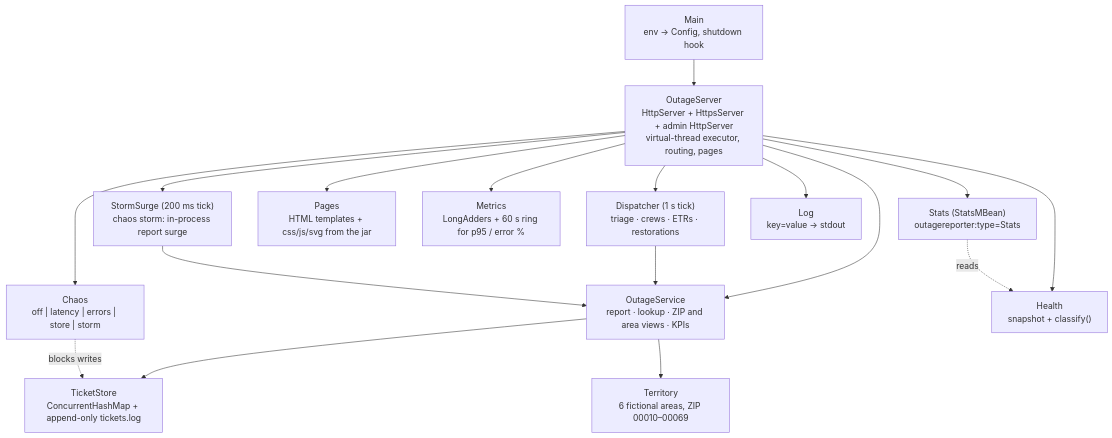
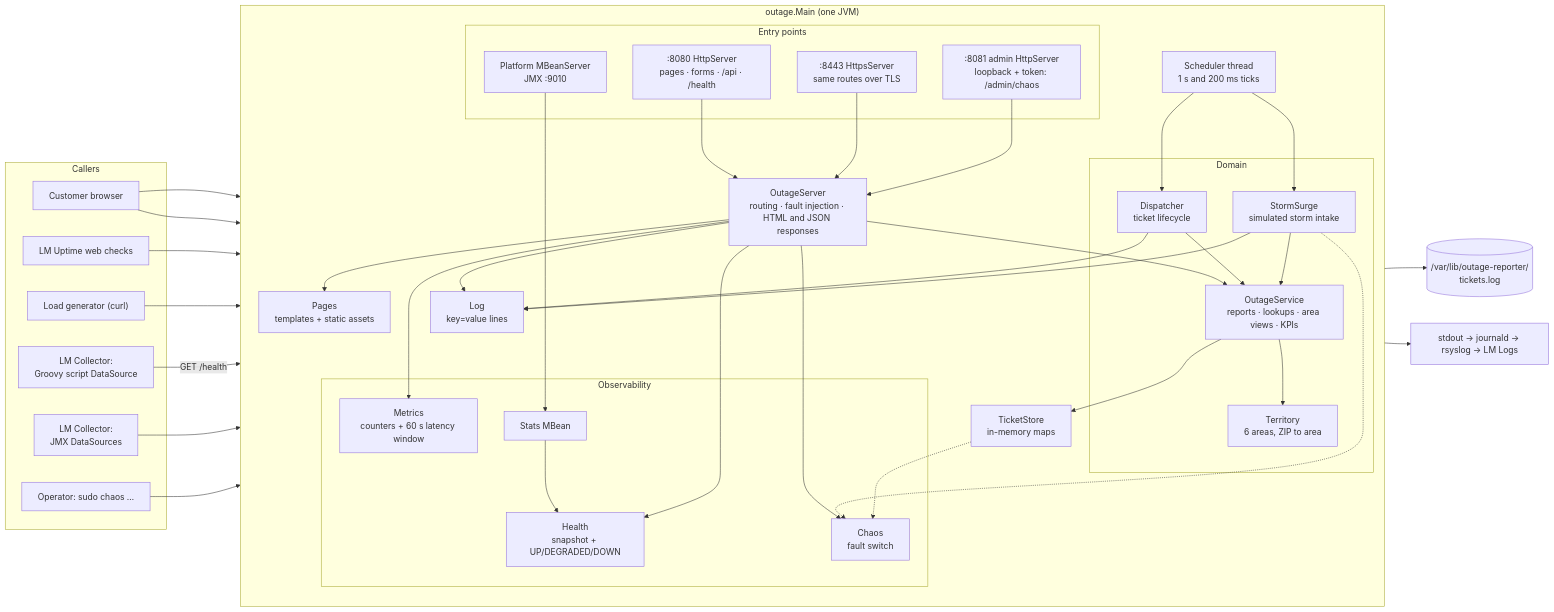
One commit to denniskatumalla/LogicMonitor changed the second of 9 diagrams in outage-reporter/docs/DOCUMENTATION.md. Above: the diagram before and after it, drawn with Mermaid. The commit also changed other lines of this file and 1 other file, not shown here.

First line of the commit message:
Document the application architecture, object model and object interactions

````diff
--- a/outage-reporter/docs/DOCUMENTATION.md
+++ b/outage-reporter/docs/DOCUMENTATION.md
@@ -158,20 +162,62 @@
 ```mermaid
-flowchart TB
-    MAIN["Main<br/>env → Config, shutdown hook"] --> SRV
-    SRV["OutageServer<br/>HttpServer + HttpsServer + admin HttpServer<br/>virtual-thread executor, routing, pages"]
-    SRV --> SVC["OutageService<br/>report · lookup · ZIP and area views · KPIs"]
-    SVC --> STORE["TicketStore<br/>ConcurrentHashMap + append-only tickets.log"]
-    SVC --> TER["Territory<br/>6 fictional areas, ZIP 00010–00069"]
-    SRV --> DISP["Dispatcher (1 s tick)<br/>triage · crews · ETRs · restorations"]
-    SRV --> STORM["StormSurge (200 ms tick)<br/>chaos storm: in-process report surge"]
-    DISP --> SVC
-    STORM --> SVC
-    SRV --> PAGES["Pages<br/>HTML templates + css/js/svg from the jar"]
-    SRV --> MET["Metrics<br/>LongAdders + 60 s ring for p95 / error %"]
-    SRV --> CH["Chaos<br/>off | latency | errors | store | storm"]
-    SRV --> HEALTH["Health<br/>snapshot + classify()"]
-    SRV --> MB["Stats (StatsMBean)<br/>outagereporter:type=Stats"]
-    MB -. "reads" .-> HEALTH
-    CH -. "blocks writes" .-> STORE
-    SRV --> LOG["Log<br/>key=value → stdout"]
+flowchart LR
+    subgraph CLIENTS["Callers"]
+        B["Customer browser"]
+        WC["LM Uptime web checks"]
+        LGEN["Load generator (curl)"]
+        COLS["LM Collector:<br/>Groovy script DataSource"]
+        COLJ["LM Collector:<br/>JMX DataSources"]
+        OPS["Operator: sudo chaos …"]
+    end
+
+    subgraph JVM["outage.Main (one JVM)"]
+        direction TB
+        subgraph EDGE["Entry points"]
+            P8080[":8080 HttpServer<br/>pages · forms · /api · /health"]
+            P8443[":8443 HttpsServer<br/>same routes over TLS"]
+            P8081[":8081 admin HttpServer<br/>loopback + token: /admin/chaos"]
+            MBS["Platform MBeanServer<br/>JMX :9010"]
+        end
+        SRV["OutageServer<br/>routing · fault injection · HTML and JSON responses"]
+        subgraph DOMAIN["Domain"]
+            SVC["OutageService<br/>reports · lookups · area views · KPIs"]
+            TER["Territory<br/>6 areas, ZIP to area"]
+            DISP["Dispatcher<br/>ticket lifecycle"]
+            STORM["StormSurge<br/>simulated storm intake"]
+        end
+        subgraph OBS["Observability"]
+            MET["Metrics<br/>counters + 60 s latency window"]
+            HEALTH["Health<br/>snapshot + UP/DEGRADED/DOWN"]
+            STATS["Stats MBean"]
+            CHAOS["Chaos<br/>fault switch"]
+        end
+        STORE["TicketStore<br/>in-memory maps"]
+        PAGES["Pages<br/>templates + static assets"]
+        LOG["Log<br/>key=value lines"]
+        SCHED["Scheduler thread<br/>1 s and 200 ms ticks"]
+    end
+
+    FILE[("/var/lib/outage-reporter/<br/>tickets.log")]
+    JOURNAL["stdout → journald → rsyslog → LM Logs"]
+
+    B & WC & LGEN --> P8080
+    B --> P8443
+    COLS -- "GET /health" --> P8080
+    COLJ --> MBS
+    OPS --> P8081
+    P8080 & P8443 & P8081 --> SRV
+    MBS --> STATS --> HEALTH
+    SRV --> PAGES
+    SRV --> SVC
+    SRV --> MET
+    SRV --> CHAOS
+    SRV --> HEALTH
+    SVC --> TER
+    SVC --> STORE
+    SCHED --> DISP --> SVC
+    SCHED --> STORM --> SVC
+    STORM -.-> CHAOS
+    STORE -.-> CHAOS
+    STORE --> FILE
+    SRV & DISP & STORM --> LOG --> JOURNAL
 ```
````
